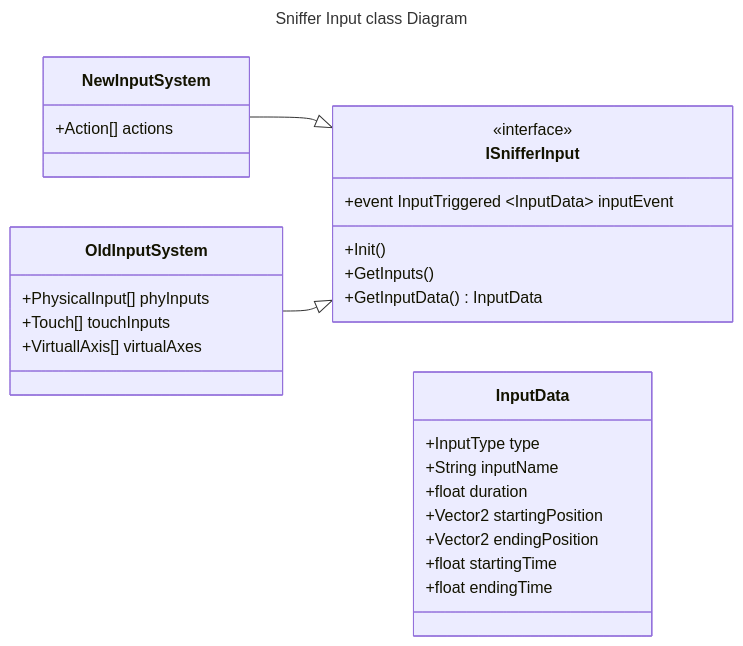
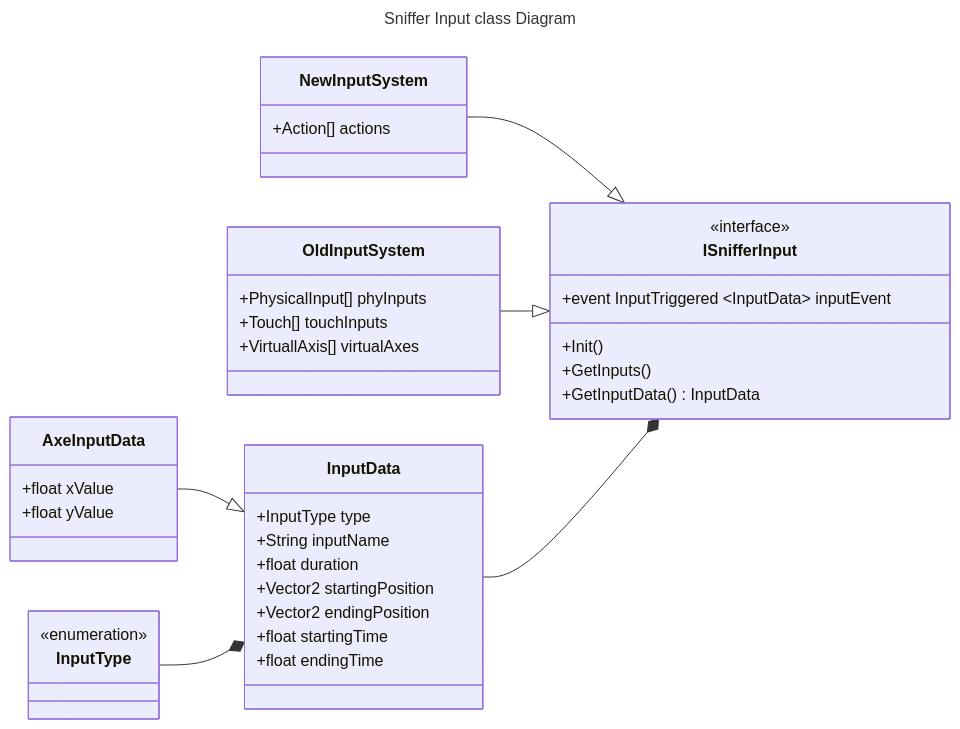
The second of 5 diagrams in sniffer_vault/Architecture/Sniffer Class Diagrams.md (cmcm21/QAUnityTool), drawn with Mermaid before and after one commit. The commit also changed other lines of this file and 2 other files, not shown here.

Commit message:
input class diagram updated

````diff
--- a/sniffer_vault/Architecture/Sniffer Class Diagrams.md
+++ b/sniffer_vault/Architecture/Sniffer Class Diagrams.md
@@ -49,38 +51,51 @@
 ```mermaid
 ---
 title: Sniffer Input class Diagram
 ---
 classDiagram
 direction RL
 class ISnifferInput{
 <<interface>>
 	+event InputTriggered ~InputData~ inputEvent
 	+Init()
 	+GetInputs()
 	+GetInputData() InputData
 }
 
 class NewInputSystem{
 	+Action[] actions
 }
 
 class OldInputSystem{
 	+PhysicalInput[] phyInputs
 	+Touch[] touchInputs
 	+VirtuallAxis[] virtualAxes
 }
 
 class InputData{
 	+InputType type
 	+String inputName
 	+float duration
 	+Vector2 startingPosition
 	+Vector2 endingPosition
 	+float startingTime
 	+float endingTime	
 }
 
+class AxeInputData{
+	+float xValue
+	+float yValue
+}
+
+class InputType{
+	<<enumeration>>
+}
+
 ISnifferInput <|--NewInputSystem
 ISnifferInput <|--OldInputSystem
+ISnifferInput *--InputData
+InputData<|--AxeInputData
+InputData*--InputType
+
 
 ```
````
